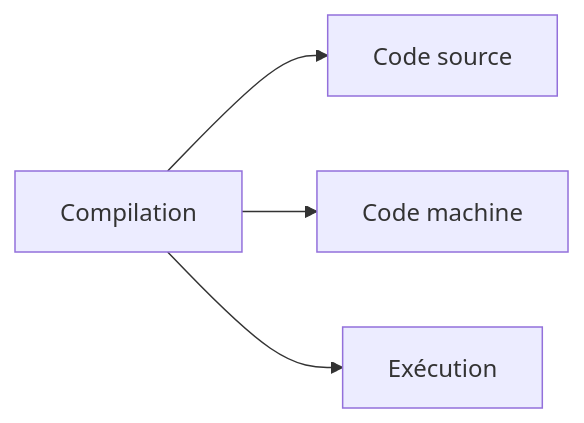
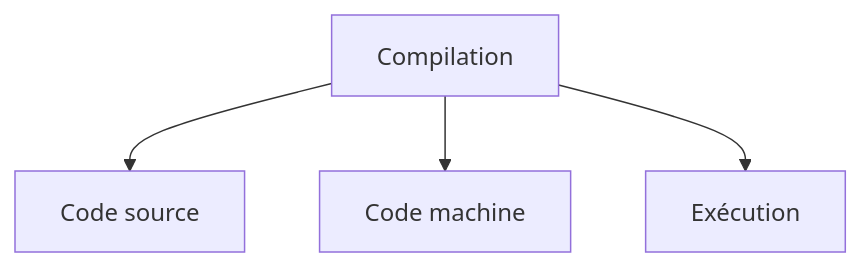
One commit to zyrass/omnydocs changed the ninth of 38 diagrams in docs/glossaire/bases-fondamentales.md. Above: the diagram before and after it, drawn with Mermaid. The commit also changed other lines of this file and 1780 other files, not shown here.

````diff
--- a/docs/glossaire/bases-fondamentales.md
+++ b/docs/glossaire/bases-fondamentales.md
@@ -177,6 +215,6 @@
-    ```mermaid
-    graph LR
-        A[Compilation] --> B[Code source]
-        A --> C[Code machine]
-        A --> D[Exécution]
-    ```
+```mermaid
+graph TB
+    A[Compilation] --> B[Code source]
+    A --> C[Code machine]
+    A --> D[Exécution]
+```
````
